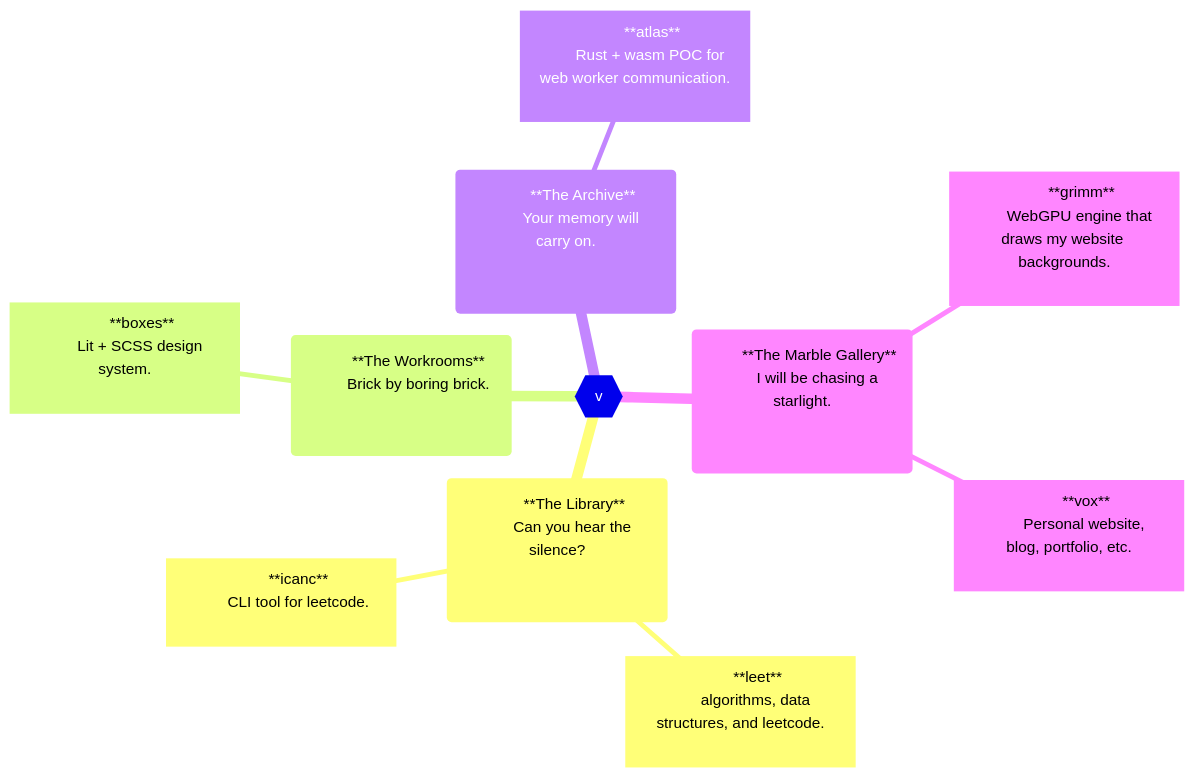
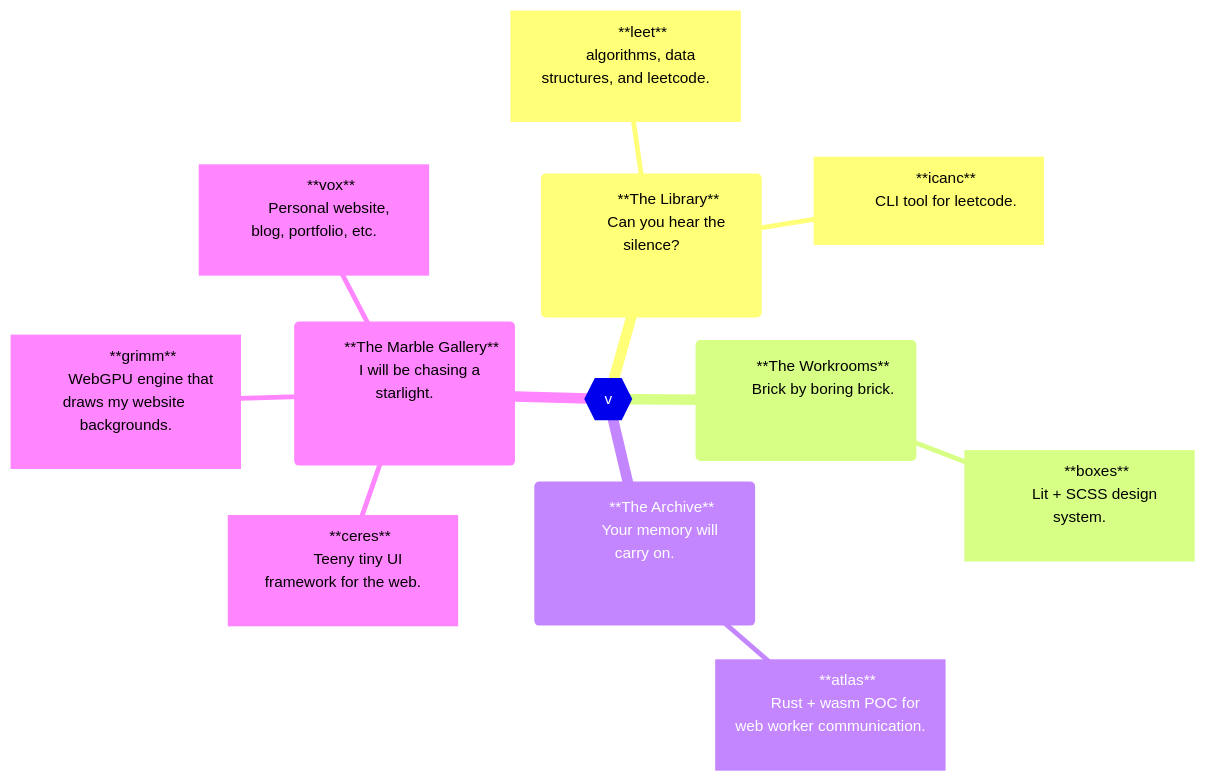
Before and after one commit to voxelstack/voxelstack: the diagram in README.md, drawn with Mermaid.

````diff
--- a/README.md
+++ b/README.md
@@ -4,49 +4,53 @@
 ```mermaid
 mindmap
   root{{v}}
     (
         **The Library**
         Can you hear the silence?
         <!-- Can you see the dark? -->
     )
       [
         **leet**
         algorithms, data structures, and leetcode.
       ]
       [
         **icanc**
         CLI tool for leetcode.
       ]
     (
         <!-- The word "workshop" was taken from us. -->
         **The Workrooms**
         Brick by boring brick.
         <!-- Or the wolf's gonna blow it down. -->
     )
       [
         **boxes**
         Lit + SCSS design system.
       ]
     (
         **The Archive**
         Your memory will carry on.
         <!-- We'll carry on. -->
     )
       [
         **atlas**
         Rust + wasm POC for web worker communication.
       ]
     (
         **The Marble Gallery**
         I will be chasing a starlight.
         <!-- Until the end of my life. -->
     )
       [
+        **ceres**
+        Teeny tiny UI framework for the web.
+      ]
+      [
         **grimm**
         WebGPU engine that draws my website backgrounds.
       ]
       [
         **vox**
         Personal website, blog, portfolio, etc.
       ]
 ```
````
